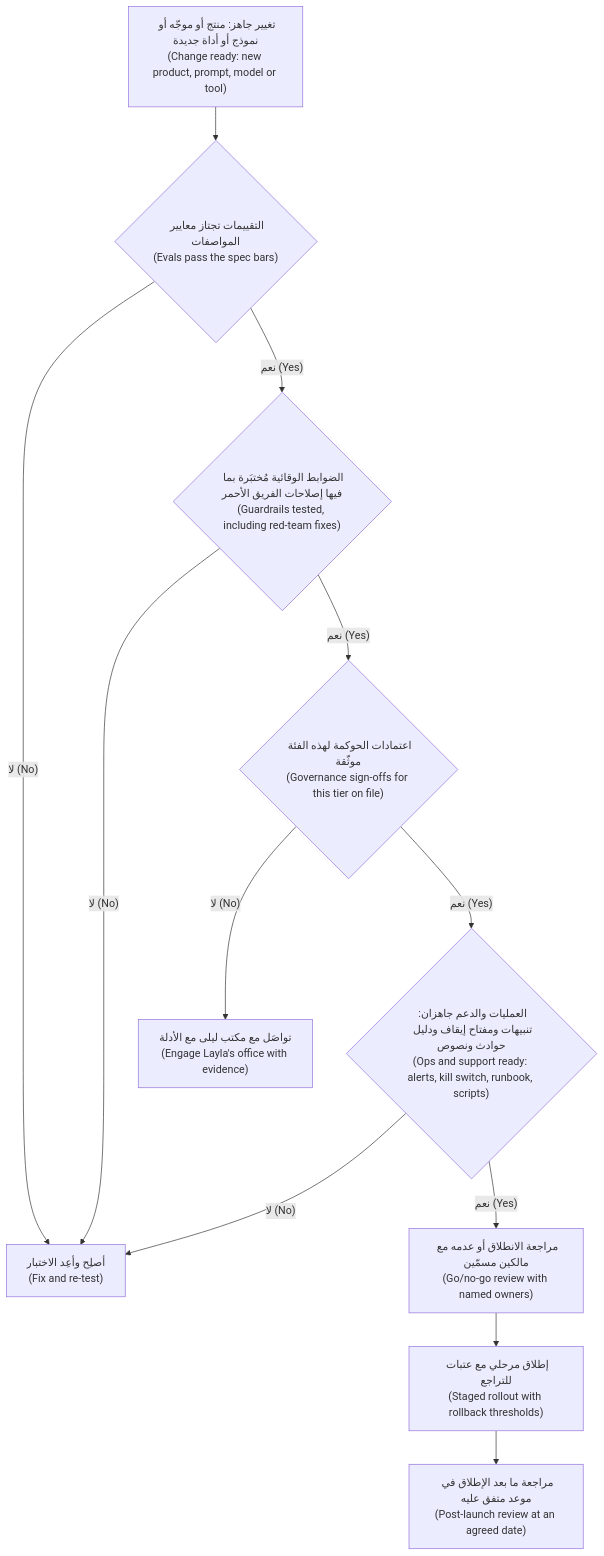
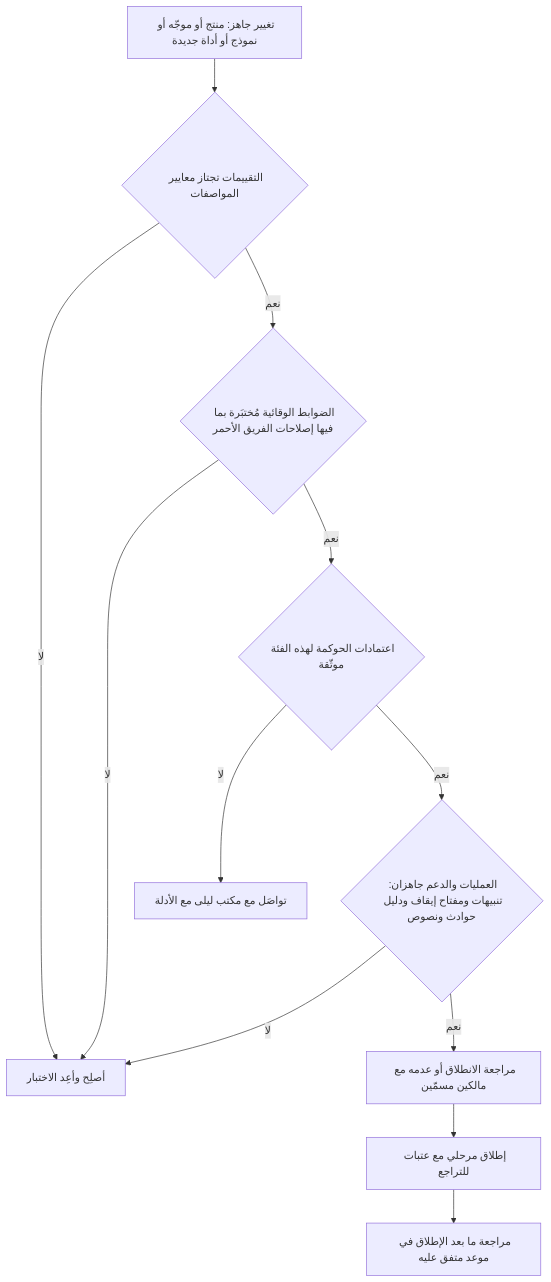
One commit to Tamoura/system-design-for-vibe-coders changed the first of 3 diagrams in aipm/modules/07-launch.ar.md. Above: the diagram before and after it, drawn with Mermaid. The commit also changed other lines of this file and 551 other files, not shown here.

````diff
--- a/aipm/modules/07-launch.ar.md
+++ b/aipm/modules/07-launch.ar.md
@@ -79,14 +79,14 @@
 ```mermaid
 flowchart TD
-    A["تغيير جاهز: منتج أو موجّه أو نموذج أو أداة جديدة<br/>(Change ready: new product, prompt, model or tool)"] --> B{"التقييمات تجتاز معايير المواصفات<br/>(Evals pass the spec bars)"}
-    B -- "لا (No)" --> Z["أصلِح وأعِد الاختبار<br/>(Fix and re-test)"]
-    B -- "نعم (Yes)" --> C{"الضوابط الوقائية مُختبَرة بما فيها إصلاحات الفريق الأحمر<br/>(Guardrails tested, including red-team fixes)"}
-    C -- "لا (No)" --> Z
-    C -- "نعم (Yes)" --> D{"اعتمادات الحوكمة لهذه الفئة موثّقة<br/>(Governance sign-offs for this tier on file)"}
-    D -- "لا (No)" --> Y["تواصَل مع مكتب ليلى مع الأدلة<br/>(Engage Layla's office with evidence)"]
-    D -- "نعم (Yes)" --> E{"العمليات والدعم جاهزان: تنبيهات ومفتاح إيقاف ودليل حوادث ونصوص<br/>(Ops and support ready: alerts, kill switch, runbook, scripts)"}
-    E -- "لا (No)" --> Z
-    E -- "نعم (Yes)" --> F["مراجعة الانطلاق أو عدمه مع مالكين مسمّين<br/>(Go/no-go review with named owners)"]
-    F --> G["إطلاق مرحلي مع عتبات للتراجع<br/>(Staged rollout with rollback thresholds)"]
-    G --> H["مراجعة ما بعد الإطلاق في موعد متفق عليه<br/>(Post-launch review at an agreed date)"]
+    A["تغيير جاهز: منتج أو موجّه أو نموذج أو أداة جديدة"] --> B{"التقييمات تجتاز معايير المواصفات"}
+    B -- "لا" --> Z["أصلِح وأعِد الاختبار"]
+    B -- "نعم" --> C{"الضوابط الوقائية مُختبَرة بما فيها إصلاحات الفريق الأحمر"}
+    C -- "لا" --> Z
+    C -- "نعم" --> D{"اعتمادات الحوكمة لهذه الفئة موثّقة"}
+    D -- "لا" --> Y["تواصَل مع مكتب ليلى مع الأدلة"]
+    D -- "نعم" --> E{"العمليات والدعم جاهزان: تنبيهات ومفتاح إيقاف ودليل حوادث ونصوص"}
+    E -- "لا" --> Z
+    E -- "نعم" --> F["مراجعة الانطلاق أو عدمه مع مالكين مسمّين"]
+    F --> G["إطلاق مرحلي مع عتبات للتراجع"]
+    G --> H["مراجعة ما بعد الإطلاق في موعد متفق عليه"]
 ```
````
